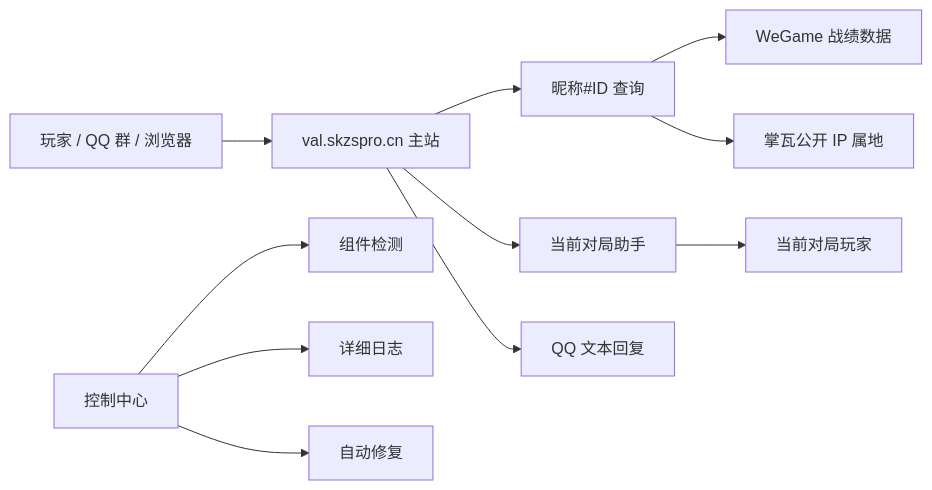
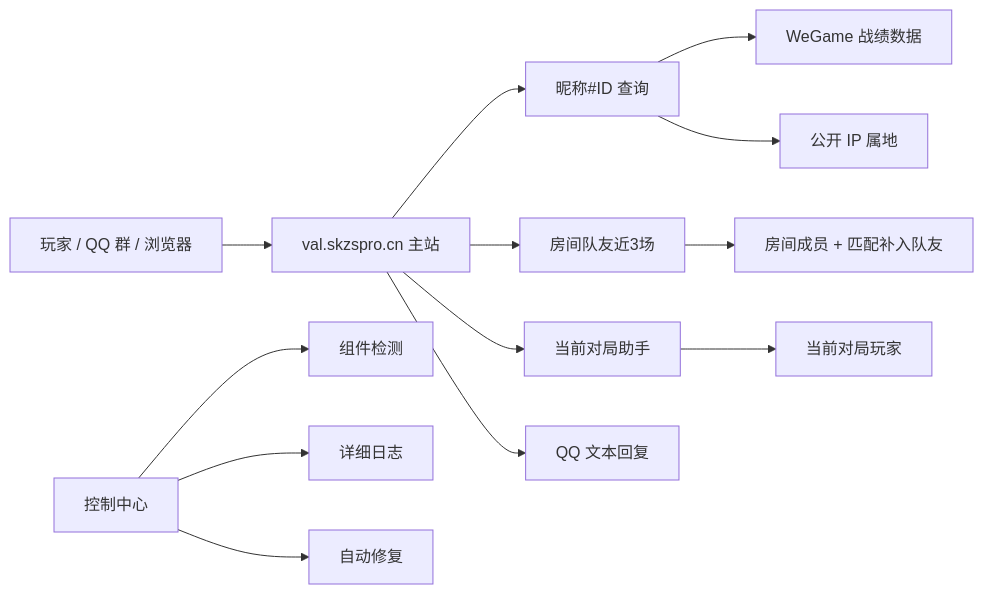
Before and after one commit to val0628/valorant-cn-stats-query: the diagram in README.md, drawn with Mermaid. The commit also changed other lines of this file and 13 other files, not shown here.

````diff
--- a/README.md
+++ b/README.md
@@ -126,15 +146,17 @@
 ```mermaid
 flowchart LR
   User["玩家 / QQ 群 / 浏览器"] --> Site["val.skzspro.cn 主站"]
   Site --> Query["昵称#ID 查询"]
+  Site --> Room["房间队友近3场"]
   Site --> Live["当前对局助手"]
   Site --> Bot["QQ 文本回复"]
 
   Query --> Wg["WeGame 战绩数据"]
+  Room --> Party["房间成员 + 匹配补入队友"]
   Live --> Match["当前对局玩家"]
-  Query --> Mval["掌瓦公开 IP 属地"]
+  Query --> Location["公开 IP 属地"]
 
   Ops["控制中心"] --> Health["组件检测"]
   Ops --> Logs["详细日志"]
   Ops --> Repair["自动修复"]
 ```
````
